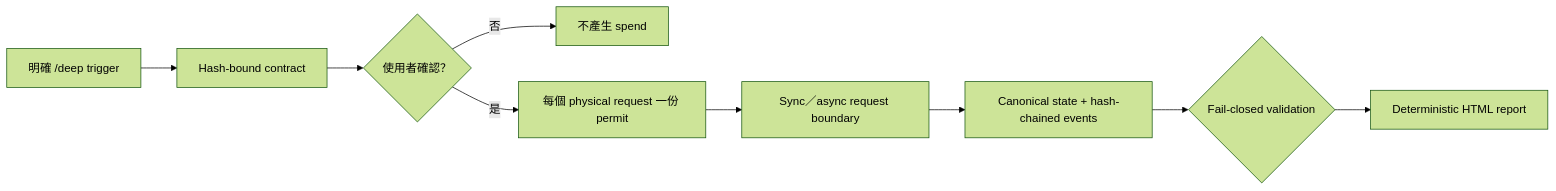
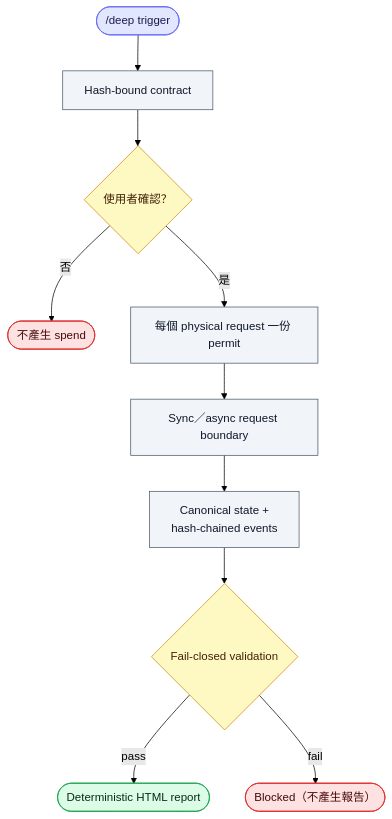
The diagram in README.zh-TW.md (jechiu16/agent-deep-research-trigger), drawn with Mermaid (forest theme) before and after one commit. The commit also changed 1 other file, not shown here.

Commit message:
docs: redesign How it works flowchart
Switches the pipeline diagram from a cramped single-row LR layout to a
top-down flow with shape semantics (stadium for start/terminal states,
rectangles for process, diamonds for decisions) and color-coded node
classes. Adds the validation pass/fail branch so the fail-closed
terminal is explicit. Reflows a few paragraphs to keep README.md within
the enforced line budget. Mirrored in README.zh-TW.md.

````diff
--- a/README.zh-TW.md
+++ b/README.zh-TW.md
@@ -144,11 +144,18 @@
 ```mermaid
-flowchart LR
-    T["明確 /deep trigger"] --> C["Hash-bound contract"]
-    C --> U{"使用者確認？"}
-    U -- 否 --> X["不產生 spend"]
-    U -- 是 --> P["每個 physical request 一份 permit"]
-    P --> B["Sync／async request boundary"]
-    B --> S["Canonical state + hash-chained events"]
-    S --> V{"Fail-closed validation"}
-    V --> R["Deterministic HTML report"]
+flowchart TD
+    T(["/deep trigger"]):::trig --> C["Hash-bound contract"]:::proc
+    C --> U{"使用者確認？"}:::dec
+    U -- 否 --> X(["不產生 spend"]):::stop
+    U -- 是 --> P["每個 physical request 一份 permit"]:::proc
+    P --> B["Sync／async request boundary"]:::proc
+    B --> S["Canonical state +<br/>hash-chained events"]:::proc
+    S --> V{"Fail-closed validation"}:::dec
+    V -- pass --> R(["Deterministic HTML report"]):::done
+    V -- fail --> H(["Blocked（不產生報告）"]):::stop
+
+    classDef trig fill:#e0e7ff,stroke:#6366f1,color:#1e1b4b;
+    classDef proc fill:#f1f5f9,stroke:#475569,color:#0f172a;
+    classDef dec fill:#fef9c3,stroke:#ca8a04,color:#422006;
+    classDef stop fill:#fee2e2,stroke:#dc2626,color:#450a0a;
+    classDef done fill:#dcfce7,stroke:#16a34a,color:#052e16;
 ```
````
